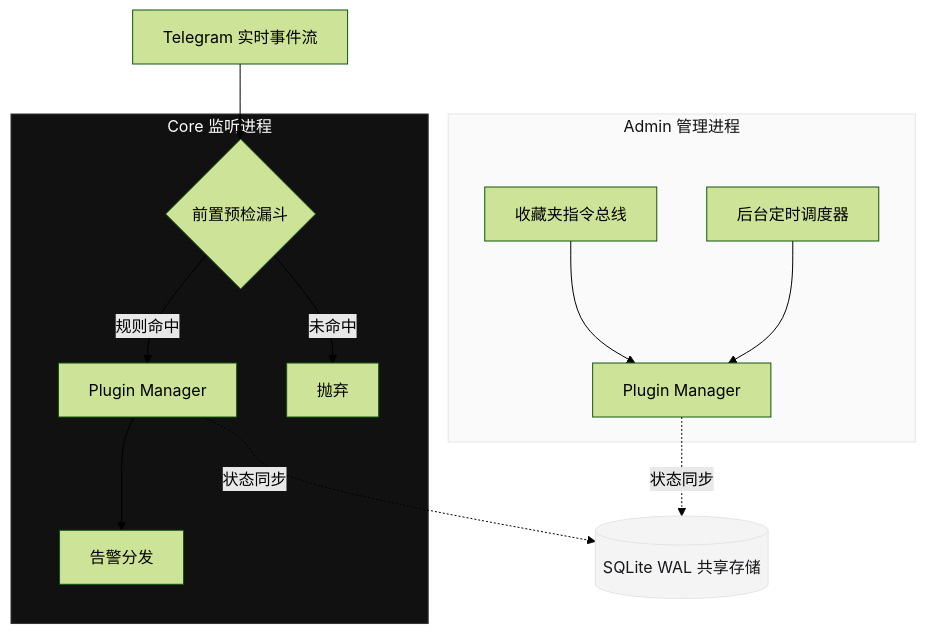
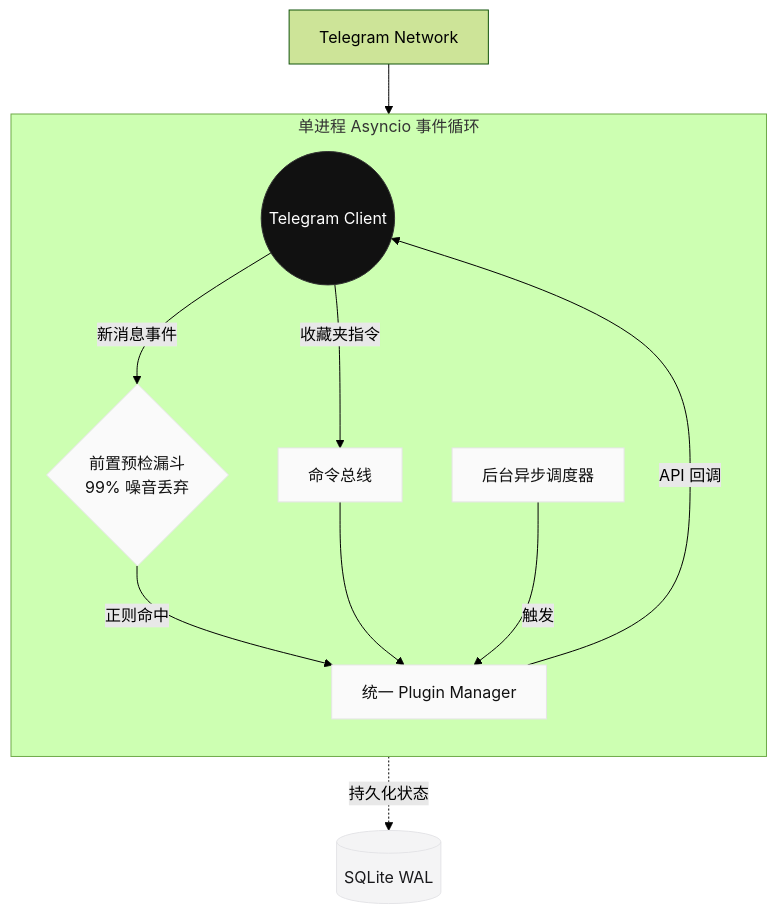
The diagram in README.md (x72dev/TG-Radar), drawn with Mermaid (forest theme) before and after one commit. The commit also changed other lines of this file and 1 other file, not shown here.

Commit message:
docs: 修正架构为单核异步事件循环并重新添加演示动图

````diff
--- a/README.md
+++ b/README.md
@@ -69,27 +71,38 @@
 ```mermaid
 graph TD
   %% 现代极简配色
   classDef core fill:#111,stroke:#333,stroke-width:1px,color:#fff
-  classDef admin fill:#fafafa,stroke:#e5e5e5,stroke-width:1px,color:#111
+  classDef app fill:#fafafa,stroke:#e5e5e5,stroke-width:1px,color:#111
   classDef db fill:#f4f4f5,stroke:#e4e4e7,stroke-width:1px,color:#18181b
 
-  Stream[Telegram 实时事件流] --> Filter{前置预检漏斗}
+  Network[Telegram Network] --> EventLoop
   
-  subgraph Core [Core 监听进程]
-    Filter -->|规则命中| PM_Core[Plugin Manager]
-    Filter -->|未命中| Drop[抛弃]
-    PM_Core --> Alert[告警分发]
+  subgraph TG-Radar App [单进程 Asyncio 事件循环]
+    direction TB
+    EventLoop((Telegram Client)) 
+    
+    Filter{前置预检漏斗<br>99% 噪音丢弃}
+    
+    PM[统一 Plugin Manager]
+    CmdBus[命令总线]
+    Scheduler[后台异步调度器]
+    
+    EventLoop -->|新消息事件| Filter
+    EventLoop -->|收藏夹指令| CmdBus
+    
+    Filter -->|正则命中| PM
+    CmdBus --> PM
+    Scheduler -->|触发| PM
+    
+    PM -->|API 回调| EventLoop
   end
 
-  subgraph Admin [Admin 管理进程]
-    Cmd[收藏夹指令总线] --> PM_Admin[Plugin Manager]
-    Job[后台定时调度器] --> PM_Admin
-  end
+  PM -.->|持久化状态| DB[(SQLite WAL)]
 
-  PM_Core -.->|状态同步| DB[(SQLite WAL 共享存储)]
-  PM_Admin -.->|状态同步| DB
-
-  class Core core
-  class Admin admin
+  class EventLoop core
+  class Filter app
+  class PM app
+  class CmdBus app
+  class Scheduler app
   class DB db
 ```
````
